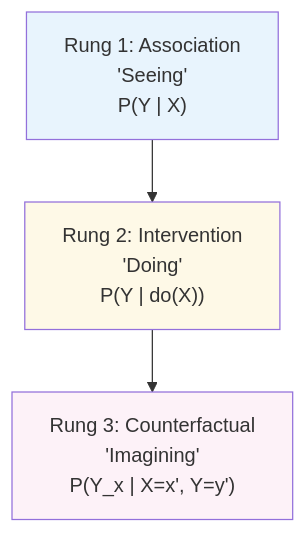
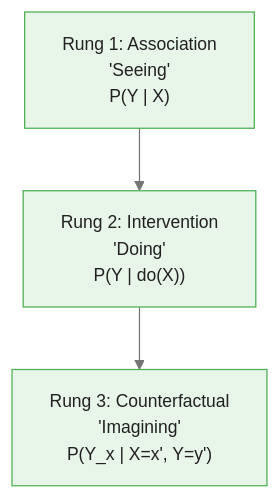
The first of 5 diagrams in courses/causalpy-interrupted-time-series/modules/module_00_foundations/guides/01_causal_vs_predictive_slides.md (m-deane/course-creator), drawn with Mermaid before and after one commit. The commit also changed other lines of this file and 87 other files, not shown here.

````diff
--- a/courses/causalpy-interrupted-time-series/modules/module_00_foundations/guides/01_causal_vs_predictive_slides.md
+++ b/courses/causalpy-interrupted-time-series/modules/module_00_foundations/guides/01_causal_vs_predictive_slides.md
@@ -40,9 +40,6 @@
 ```mermaid
+%%{init: {"theme": "base", "themeVariables": {"primaryColor": "#e8f5e9", "primaryBorderColor": "#4caf50", "primaryTextColor": "#212121", "secondaryColor": "#e3f2fd", "tertiaryColor": "#fff8e1", "lineColor": "#757575", "fontFamily": "Inter, sans-serif", "fontSize": "14px"}}}%%
 flowchart TD
     A["Rung 1: Association\n'Seeing'\nP(Y | X)"] --> B["Rung 2: Intervention\n'Doing'\nP(Y | do(X))"]
     B --> C["Rung 3: Counterfactual\n'Imagining'\nP(Y_x | X=x', Y=y')"]
-
-    style A fill:#e8f4fd
-    style B fill:#fef9e7
-    style C fill:#fdf2f8
 ```
````
